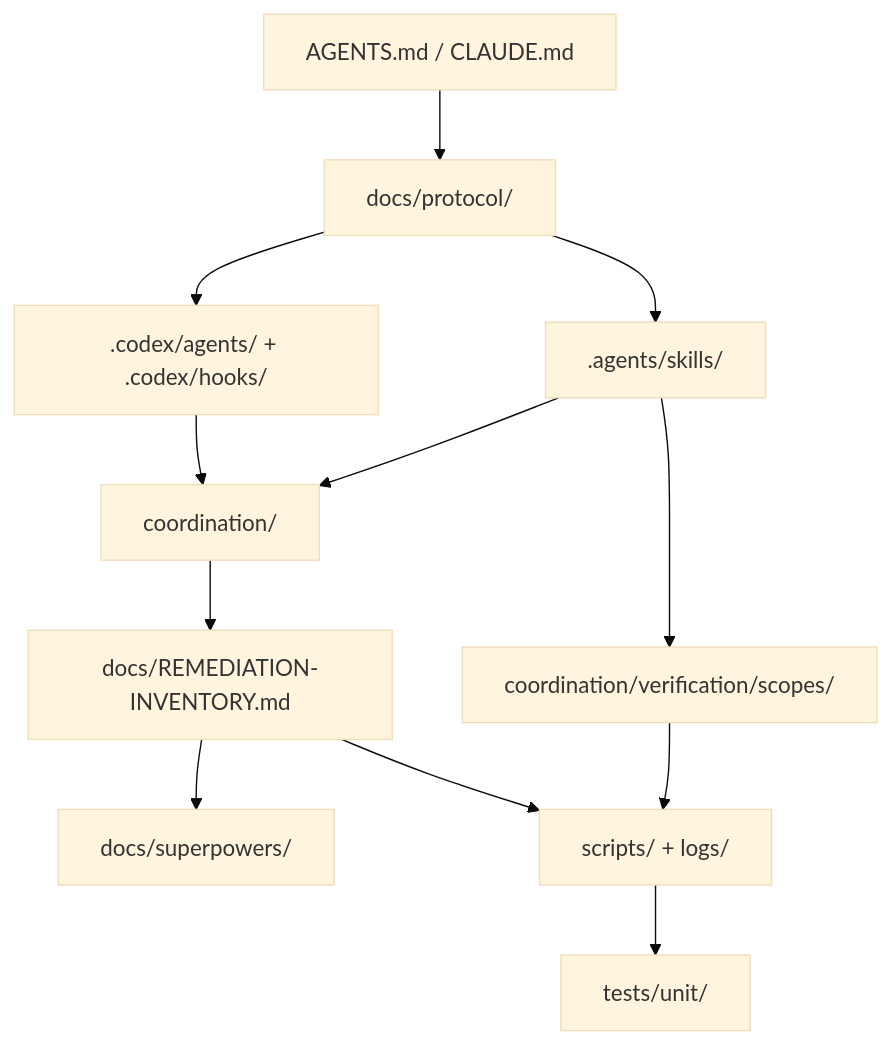
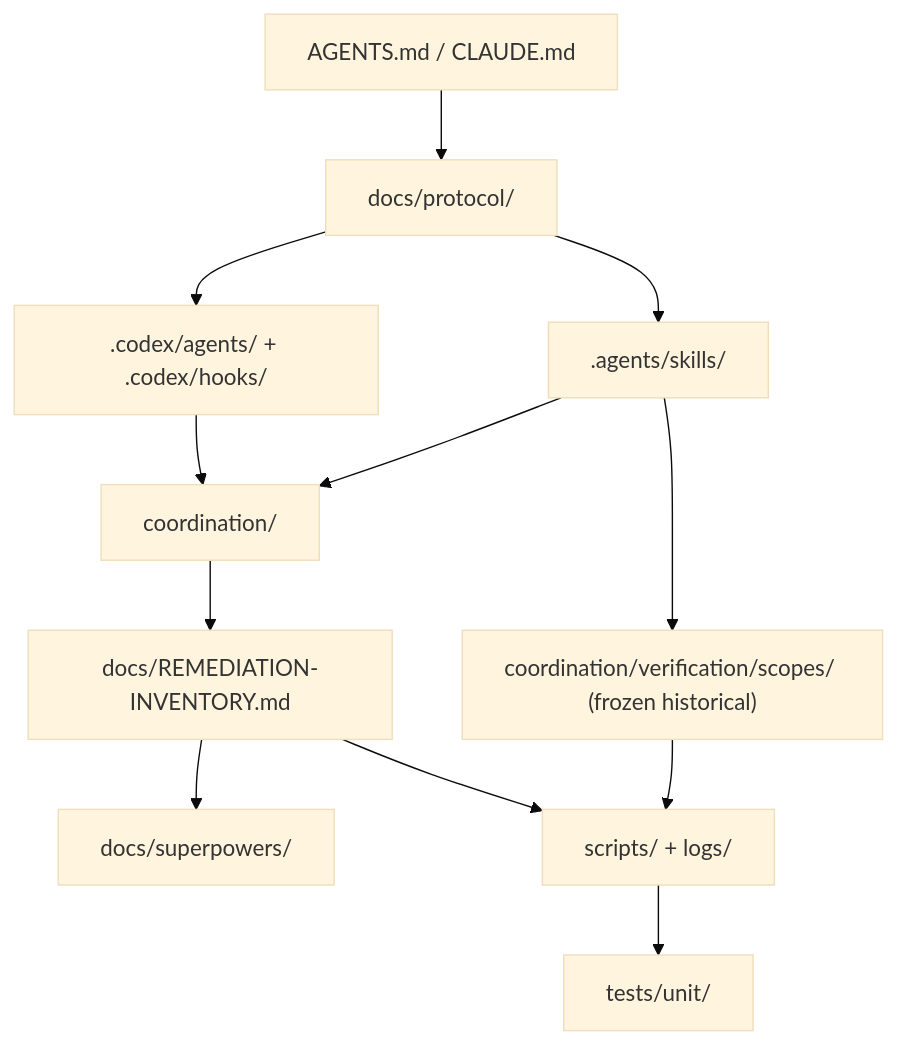
Before and after one commit to hkk009008-svg/governance-os: the diagram in docs/protocol/protocol-assembly-map.md, drawn with Mermaid (base theme). The commit also changed other lines of this file, not shown here.

````diff
--- a/docs/protocol/protocol-assembly-map.md
+++ b/docs/protocol/protocol-assembly-map.md
@@ -10,25 +10,25 @@
 ```mermaid
 flowchart TD
     Root["AGENTS.md / CLAUDE.md"]
     Policy["docs/protocol/"]
     Skills[".agents/skills/"]
     Codex[".codex/agents/ + .codex/hooks/"]
-    Scope["coordination/verification/scopes/"]
+    Scope["coordination/verification/scopes/ (frozen historical)"]
     Ledger["coordination/"]
     Board["docs/REMEDIATION-INVENTORY.md"]
     Work["docs/superpowers/"]
     Evidence["scripts/ + logs/"]
     Tests["tests/unit/"]
 
     Root --> Policy
     Policy --> Skills
     Policy --> Codex
     Skills --> Ledger
     Codex --> Ledger
     Skills --> Scope
     Scope --> Evidence
     Ledger --> Board
     Board --> Work
     Board --> Evidence
     Evidence --> Tests
 ```
````
